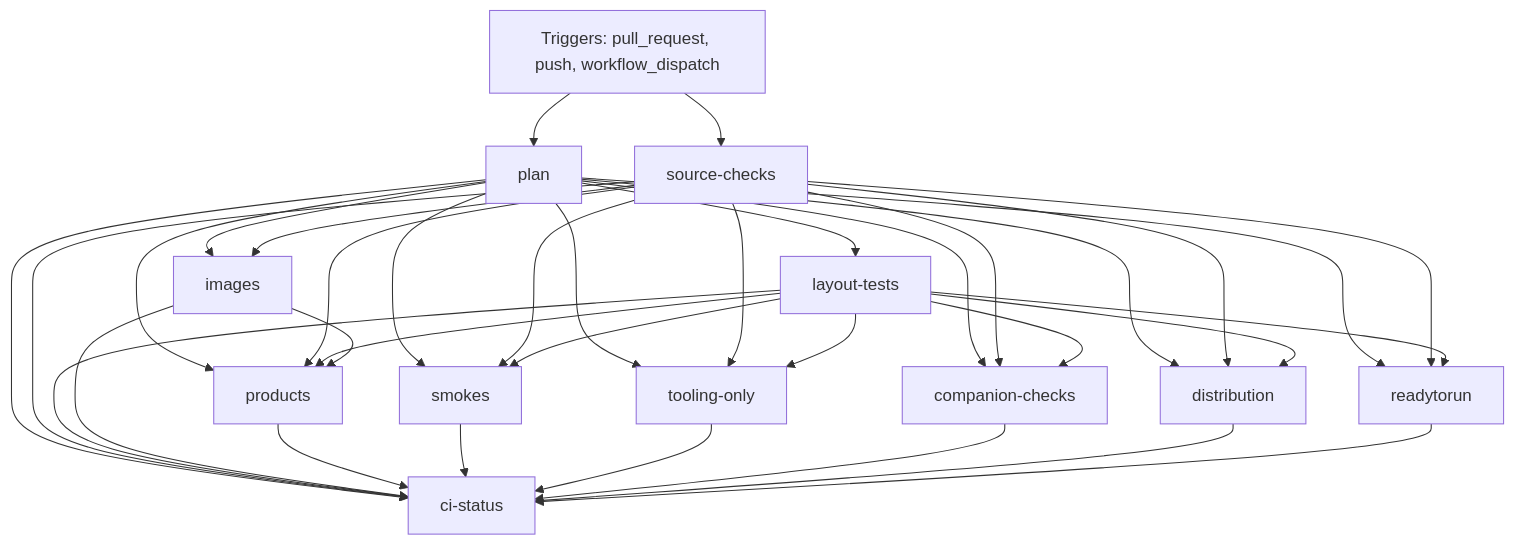
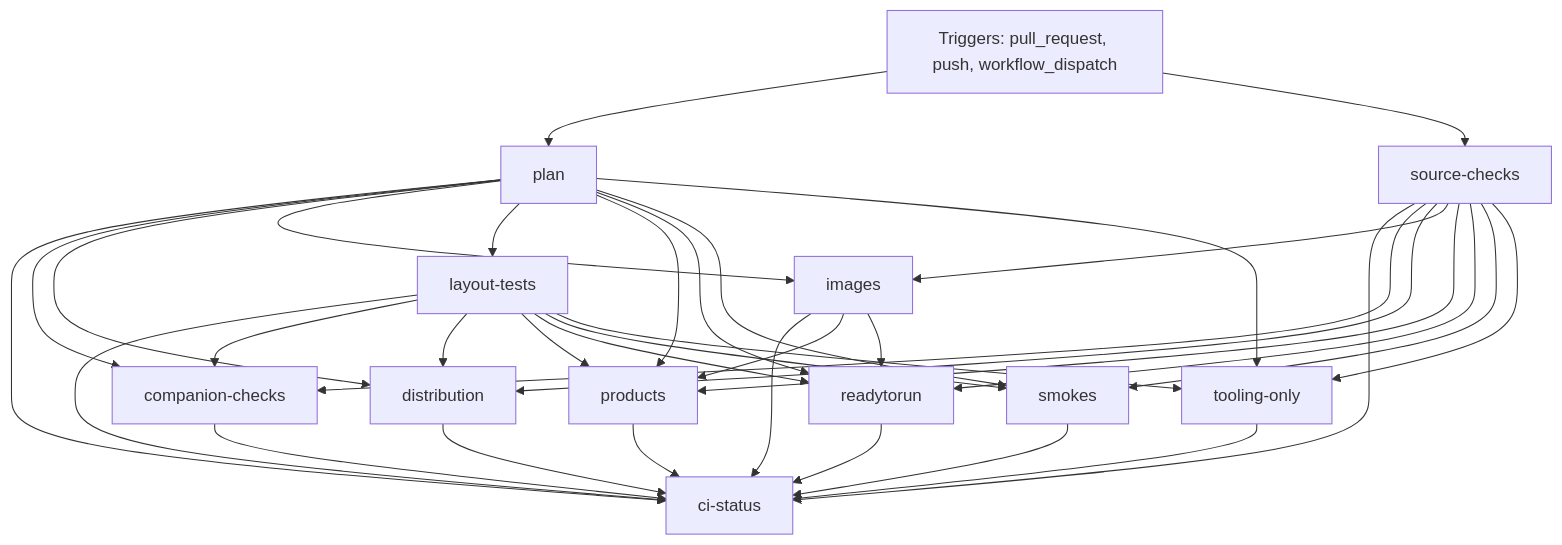
Before and after one commit to FrenchExDev2/QuietCli.PoSh: the diagram in docs/ci/github/script-companions-ci.md, drawn with Mermaid. The commit also changed other lines of this file and 32 other files, not shown here.

```diff
--- a/docs/ci/github/script-companions-ci.md
+++ b/docs/ci/github/script-companions-ci.md
@@ -45,49 +45,50 @@
 ~~~mermaid
 flowchart TD
     event["Triggers: pull_request, push, workflow_dispatch"]
     job_ci_status["ci-status"]
     job_companion_checks["companion-checks"]
     job_distribution["distribution"]
     job_images["images"]
     job_layout_tests["layout-tests"]
     job_plan["plan"]
     job_products["products"]
     job_readytorun["readytorun"]
     job_smokes["smokes"]
     job_source_checks["source-checks"]
     job_tooling_only["tooling-only"]
     job_plan --> job_ci_status
     job_source_checks --> job_ci_status
     job_layout_tests --> job_ci_status
     job_images --> job_ci_status
     job_products --> job_ci_status
     job_smokes --> job_ci_status
     job_tooling_only --> job_ci_status
     job_companion_checks --> job_ci_status
     job_distribution --> job_ci_status
     job_readytorun --> job_ci_status
     job_plan --> job_companion_checks
     job_source_checks --> job_companion_checks
     job_layout_tests --> job_companion_checks
     job_plan --> job_distribution
     job_source_checks --> job_distribution
     job_layout_tests --> job_distribution
     job_plan --> job_images
     job_source_checks --> job_images
     job_plan --> job_layout_tests
     event --> job_plan
     job_plan --> job_products
     job_source_checks --> job_products
     job_layout_tests --> job_products
     job_images --> job_products
     job_plan --> job_readytorun
     job_source_checks --> job_readytorun
     job_layout_tests --> job_readytorun
+    job_images --> job_readytorun
     job_plan --> job_smokes
     job_source_checks --> job_smokes
     job_layout_tests --> job_smokes
     event --> job_source_checks
     job_plan --> job_tooling_only
     job_source_checks --> job_tooling_only
     job_layout_tests --> job_tooling_only
 ~~~
```
